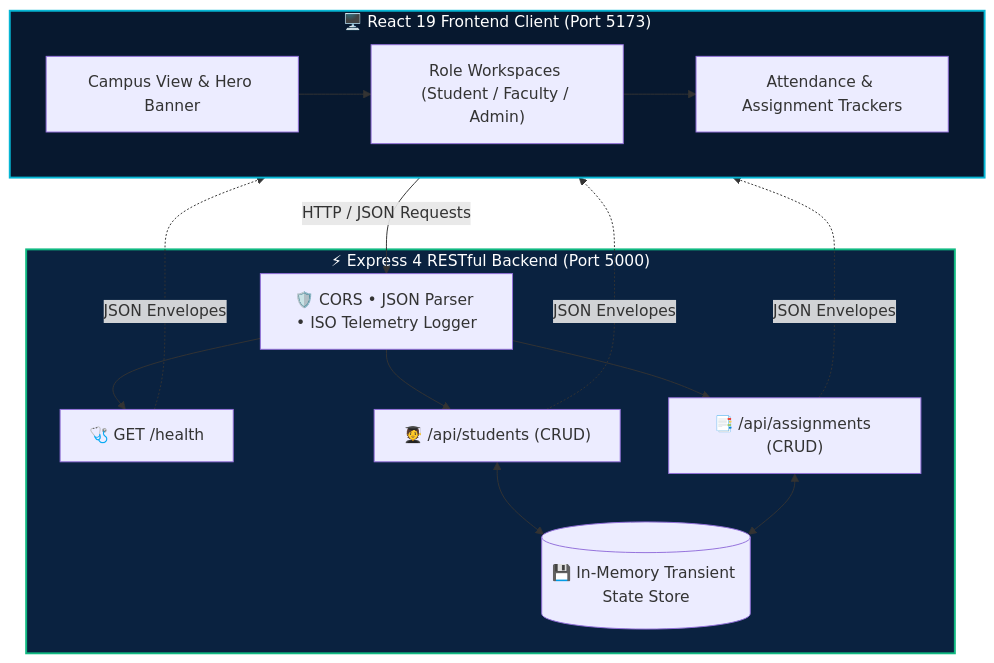
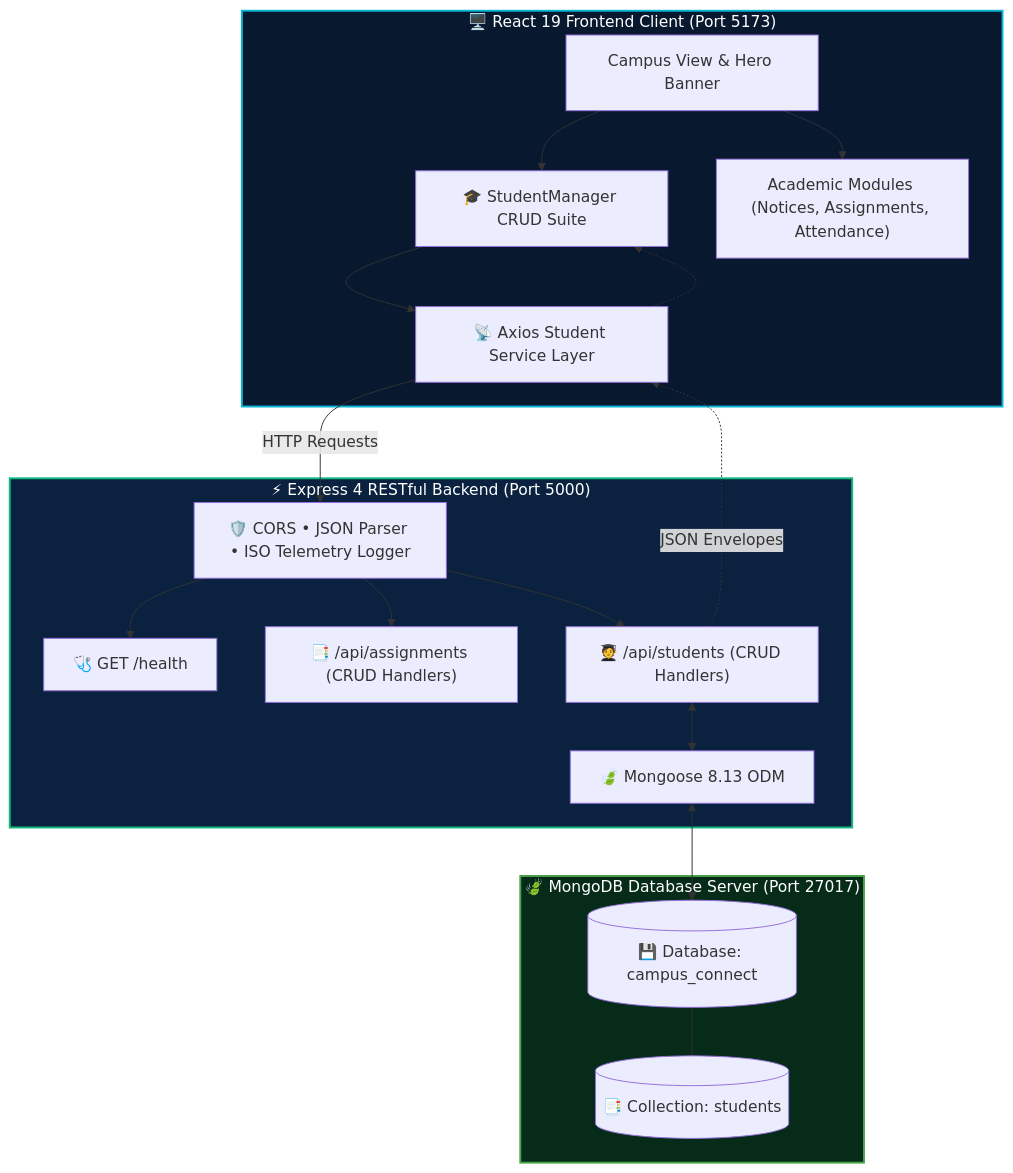
The diagram in README.md (Dhruvi-tech/Campus-Connect-Portal), drawn with Mermaid before and after one commit. The commit also changed other lines of this file and 46 other files, not shown here.

Commit message:
feat(exp7): full-stack MongoDB integration, student CRUD management suite, genuine docs screenshots, and comprehensive README

````diff
--- a/README.md
+++ b/README.md
@@ -116,25 +121,36 @@
 ```mermaid
 flowchart TD
     subgraph Client["🖥️ React 19 Frontend Client (Port 5173)"]
         UI["Campus View & Hero Banner"]
-        Portals["Role Workspaces (Student / Faculty / Admin)"]
-        Trackers["Attendance & Assignment Trackers"]
+        StudentMgr["🎓 StudentManager CRUD Suite"]
+        Portals["Academic Modules (Notices, Assignments, Attendance)"]
+        Service["📡 Axios Student Service Layer"]
     end
 
     subgraph Server["⚡ Express 4 RESTful Backend (Port 5000)"]
         Middleware["🛡️ CORS • JSON Parser • ISO Telemetry Logger"]
         HealthAPI["🩺 GET /health"]
-        StudentAPI["🧑‍🎓 /api/students (CRUD)"]
-        AssignAPI["📑 /api/assignments (CRUD)"]
-        Store[("💾 In-Memory Transient State Store")]
+        StudentAPI["🧑‍🎓 /api/students (CRUD Handlers)"]
+        AssignAPI["📑 /api/assignments (CRUD Handlers)"]
+        Mongoose["🍃 Mongoose 8.13 ODM"]
     end
 
-    UI --> Portals --> Trackers
-    Client -->|HTTP / JSON Requests| Middleware
-    Middleware --> HealthAPI & StudentAPI & AssignAPI
-    StudentAPI & AssignAPI <--> Store
-    HealthAPI & StudentAPI & AssignAPI -.->|JSON Envelopes| Client
+    subgraph Database["🍃 MongoDB Database Server (Port 27017)"]
+        DB[("💾 Database: campus_connect")]
+        Coll[("📑 Collection: students")]
+    end
+
+    UI --> StudentMgr & Portals
+    StudentMgr --> Service
+    Service -->|HTTP Requests| Middleware
+    Middleware --> HealthAPI & AssignAPI & StudentAPI
+    StudentAPI <--> Mongoose
+    Mongoose <--> DB
+    DB --- Coll
+    StudentAPI -.->|JSON Envelopes| Service
+    Service -.-> StudentMgr
 
     style Client fill:#07182f,stroke:#06b6d4,stroke-width:2px,color:#fff
     style Server fill:#0a2240,stroke:#10b981,stroke-width:2px,color:#fff
+    style Database fill:#062b19,stroke:#47A248,stroke-width:2px,color:#fff
 ```
````
